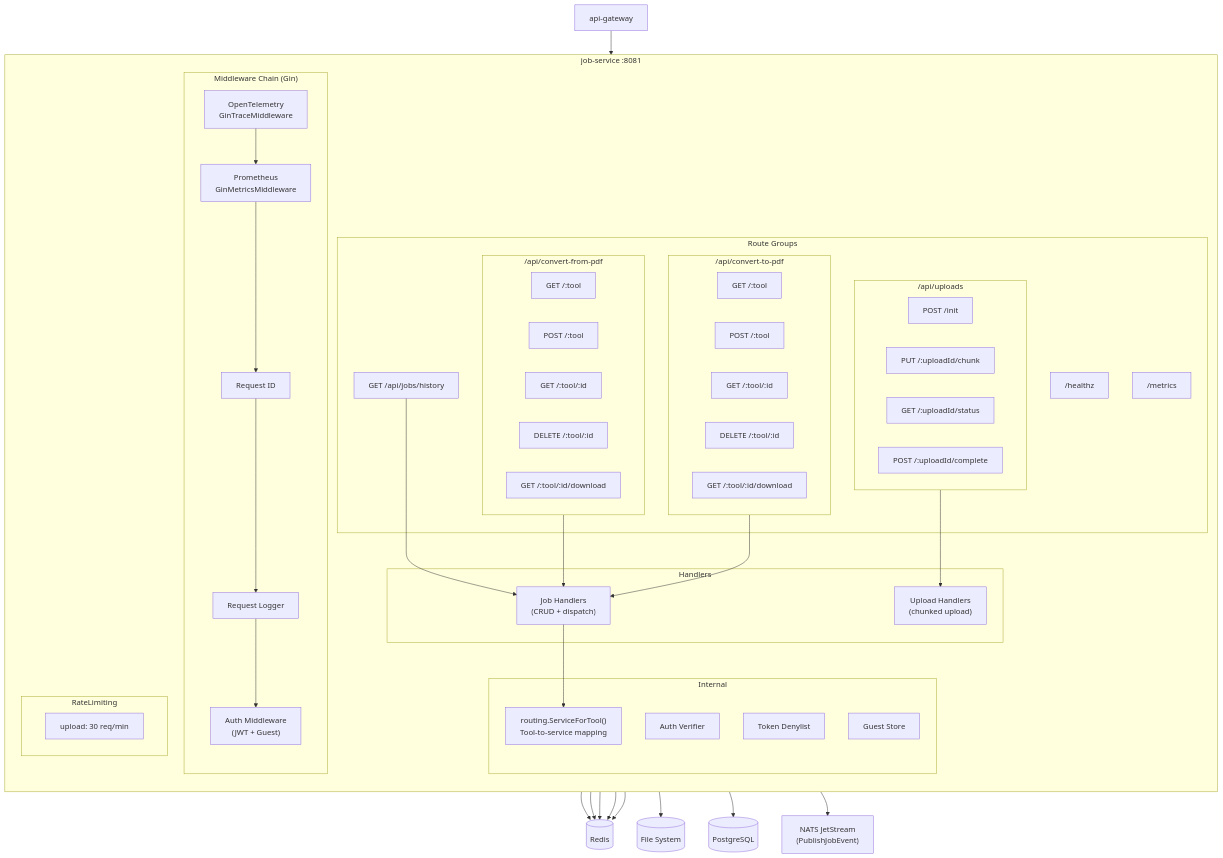
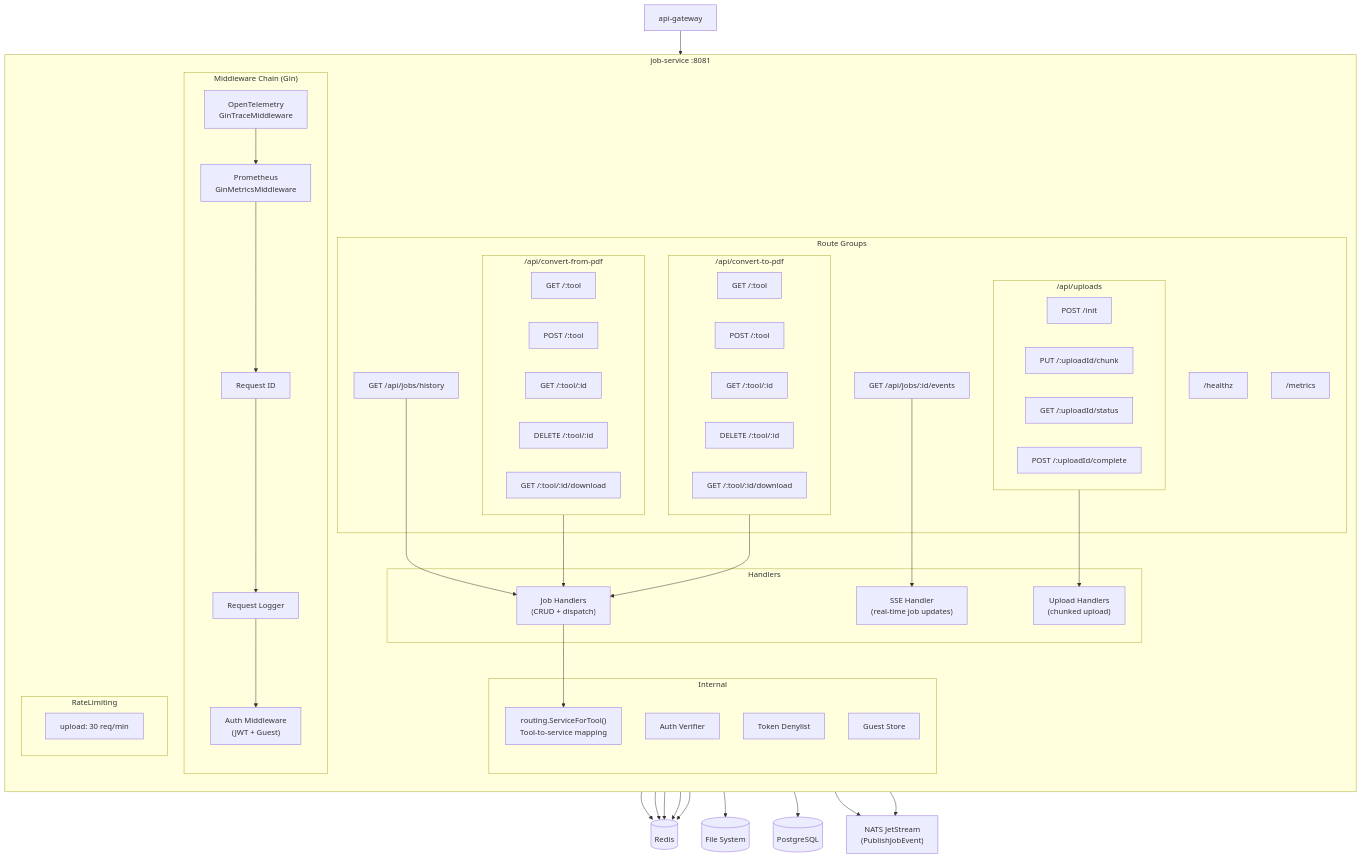
One commit to Prachidubey2003/fyredocs_backend changed the first of 4 diagrams in docs/mermaid/service-job-service-architecture.md. Above: the diagram before and after it, drawn with Mermaid. The commit also changed 41 other files, not shown here.

````diff
--- a/docs/mermaid/service-job-service-architecture.md
+++ b/docs/mermaid/service-job-service-architecture.md
@@ -7,77 +7,81 @@
 ```mermaid
 graph TB
     subgraph job-service[" job-service :8081 "]
         direction TB
 
         subgraph Middleware["Middleware Chain (Gin)"]
             TRACE["OpenTelemetry<br/>GinTraceMiddleware"]
             METRICS["Prometheus<br/>GinMetricsMiddleware"]
             REQID["Request ID"]
             LOGGER["Request Logger"]
             AUTHMW["Auth Middleware<br/>(JWT + Guest)"]
         end
 
         subgraph Routes["Route Groups"]
             subgraph UploadRoutes["/api/uploads"]
                 INIT["POST /init"]
                 CHUNK["PUT /:uploadId/chunk"]
                 STATUS["GET /:uploadId/status"]
                 COMPLETE["POST /:uploadId/complete"]
             end
 
             subgraph ConvertFromRoutes["/api/convert-from-pdf"]
                 CF_LIST["GET /:tool"]
                 CF_CREATE["POST /:tool"]
                 CF_GET["GET /:tool/:id"]
                 CF_DELETE["DELETE /:tool/:id"]
                 CF_DOWNLOAD["GET /:tool/:id/download"]
             end
 
             subgraph ConvertToRoutes["/api/convert-to-pdf"]
                 CT_LIST["GET /:tool"]
                 CT_CREATE["POST /:tool"]
                 CT_GET["GET /:tool/:id"]
                 CT_DELETE["DELETE /:tool/:id"]
                 CT_DOWNLOAD["GET /:tool/:id/download"]
             end
 
             HISTORY["GET /api/jobs/history"]
+            SSE_ROUTE["GET /api/jobs/:id/events"]
             HEALTHZ["/healthz"]
             METRICSEP["/metrics"]
         end
 
         subgraph Handlers
             UH["Upload Handlers<br/>(chunked upload)"]
             JH["Job Handlers<br/>(CRUD + dispatch)"]
+            SSEH["SSE Handler<br/>(real-time job updates)"]
         end
 
         subgraph Internal
             ROUTING["routing.ServiceForTool()<br/>Tool-to-service mapping"]
             VERIFIER["Auth Verifier"]
             DENYLIST["Token Denylist"]
             GUESTSTORE["Guest Store"]
         end
 
         subgraph RateLimiting
             RL_UPLOAD["upload: 30 req/min"]
         end
     end
 
     Client["api-gateway"] --> TRACE
     TRACE --> METRICS --> REQID --> LOGGER --> AUTHMW
 
     UploadRoutes --> UH
     ConvertFromRoutes --> JH
     ConvertToRoutes --> JH
     HISTORY --> JH
+    SSE_ROUTE --> SSEH
 
     UH --> Redis[(Redis)]
     UH --> Disk[(File System)]
     JH --> PG[(PostgreSQL)]
     JH --> Redis
     JH --> ROUTING
     ROUTING --> NATS["NATS JetStream<br/>(PublishJobEvent)"]
+    SSEH --> NATS
     DENYLIST --> Redis
     GUESTSTORE --> Redis
     RateLimiting --> Redis
 ```
````
